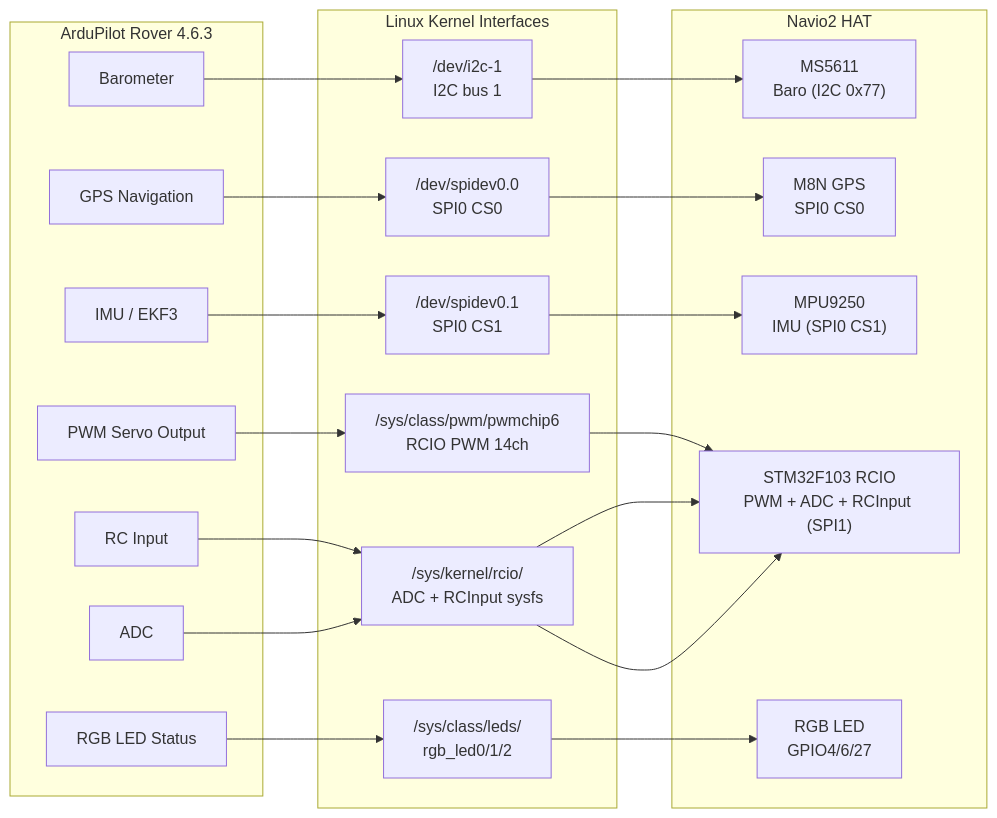
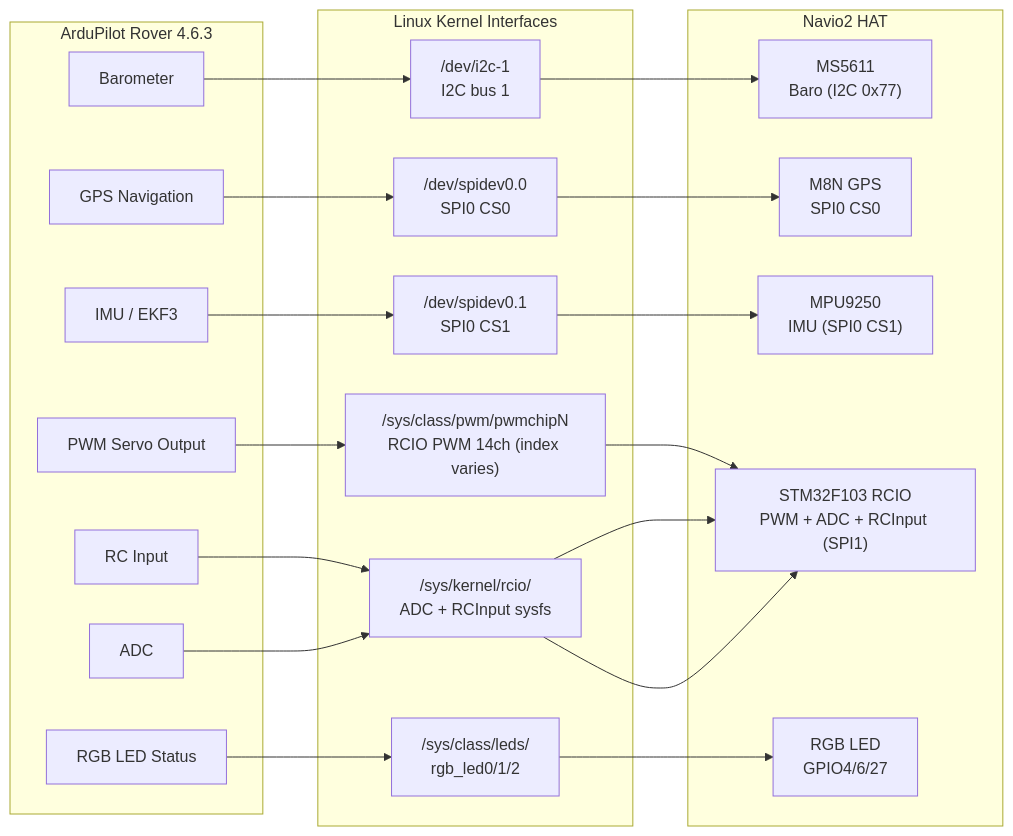
The third of 4 diagrams in docs/TECHNICAL_ARCHITECTURE.md (axonbf/navio2-rpi5-ardupilot), drawn with Mermaid before and after one commit. The commit also changed other lines of this file and 4 other files, not shown here.

First line of the commit message:
docs: RCIO pwmchip index varies by kernel (not a fixed pwmchip6)

````diff
--- a/docs/TECHNICAL_ARCHITECTURE.md
+++ b/docs/TECHNICAL_ARCHITECTURE.md
@@ -132,38 +132,38 @@
 ```mermaid
 %%{init: {"flowchart": {"nodeSpacing": 40, "rankSpacing": 55, "htmlLabels": true}}}%%
 flowchart LR
     subgraph APP["ArduPilot Rover 4.6.3"]
         A1["Barometer"]
         A2["IMU / EKF3"]
         A3["GPS Navigation"]
         A4["PWM Servo Output"]
         A5["RC Input"]
         A6["ADC"]
         A7["RGB LED Status"]
     end
 
     subgraph KERNEL["Linux Kernel Interfaces"]
         K1["/dev/i2c-1<br/>I2C bus 1"]
         K2["/dev/spidev0.0<br/>SPI0 CS0"]
         K3["/dev/spidev0.1<br/>SPI0 CS1"]
-        K4["/sys/class/pwm/pwmchip6<br/>RCIO PWM 14ch"]
+        K4["/sys/class/pwm/pwmchipN<br/>RCIO PWM 14ch (index varies)"]
         K5["/sys/kernel/rcio/<br/>ADC + RCInput sysfs"]
         K6["/sys/class/leds/<br/>rgb_led0/1/2"]
     end
 
     subgraph HW["Navio2 HAT"]
         H1["MS5611<br/>Baro (I2C 0x77)"]
         H2["M8N GPS<br/>SPI0 CS0"]
         H3["MPU9250<br/>IMU (SPI0 CS1)"]
         H4["STM32F103 RCIO<br/>PWM + ADC + RCInput (SPI1)"]
         H5["RGB LED<br/>GPIO4/6/27"]
     end
 
     A1 --> K1 --> H1
     A3 --> K2 --> H2
     A2 --> K3 --> H3
     A4 --> K4 --> H4
     A5 --> K5 --> H4
     A6 --> K5 --> H4
     A7 --> K6 --> H5
 ```
````
